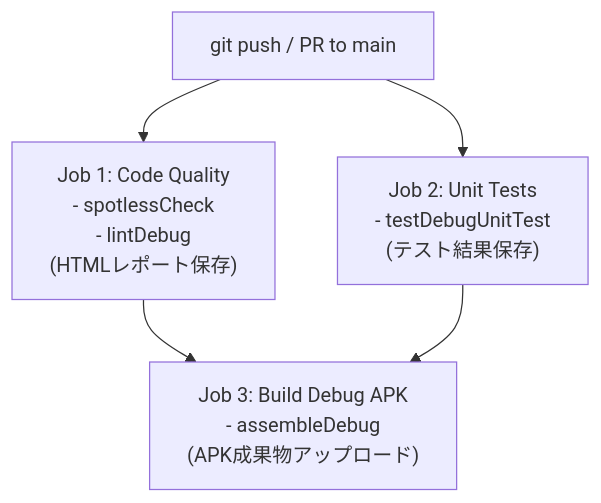
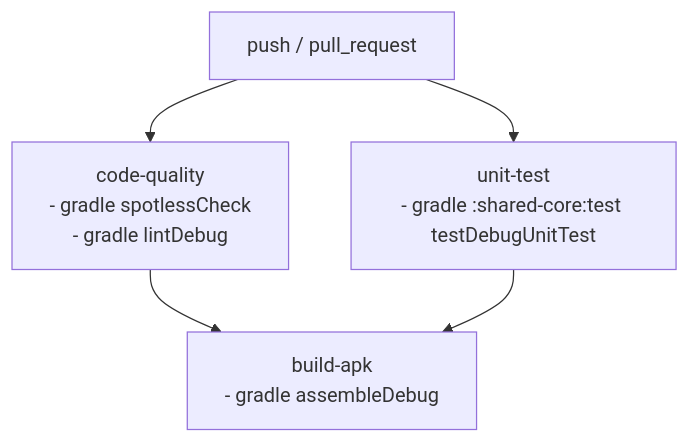
The diagram in docs/DEVELOPMENT.md (txcxjp/aidomari), drawn with Mermaid before and after one commit. The commit also changed other lines of this file and 4 other files, not shown here.

Commit message:
docs: update README and design docs for current architecture and tone (refs #101)

````diff
--- a/docs/DEVELOPMENT.md
+++ b/docs/DEVELOPMENT.md
@@ -55,7 +53,7 @@
 ```mermaid
 flowchart TD
-    Trigger["git push / PR to main"] --> Quality["Job 1: Code Quality\n- spotlessCheck\n- lintDebug\n(HTMLレポート保存)"]
-    Trigger --> Test["Job 2: Unit Tests\n- testDebugUnitTest\n(テスト結果保存)"]
-    Quality --> Build["Job 3: Build Debug APK\n- assembleDebug\n(APK成果物アップロード)"]
+    Trigger["push / pull_request"] --> Quality["code-quality\n- gradle spotlessCheck\n- gradle lintDebug"]
+    Trigger --> Test["unit-test\n- gradle :shared-core:test testDebugUnitTest"]
+    Quality --> Build["build-apk\n- gradle assembleDebug"]
     Test --> Build
 ```
````
